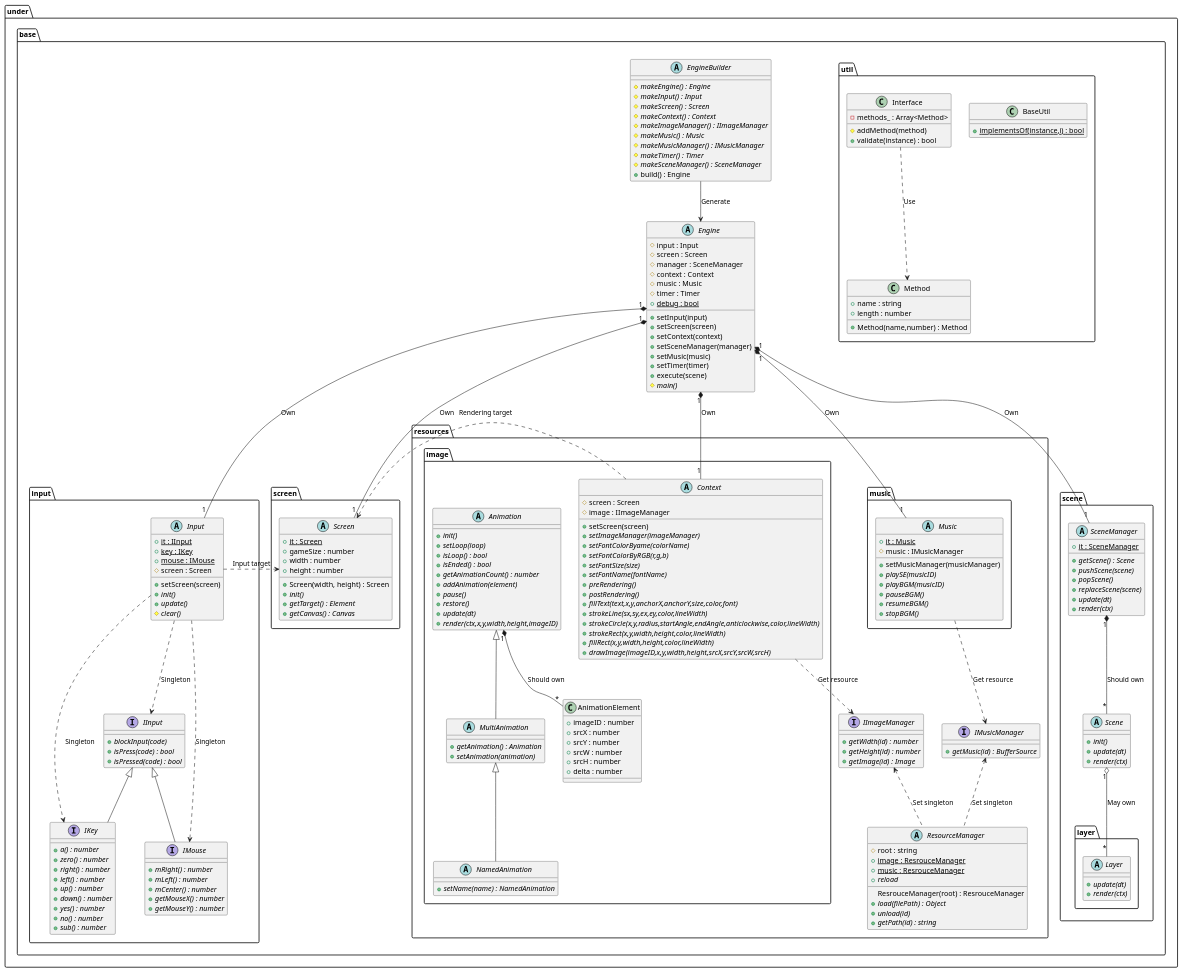
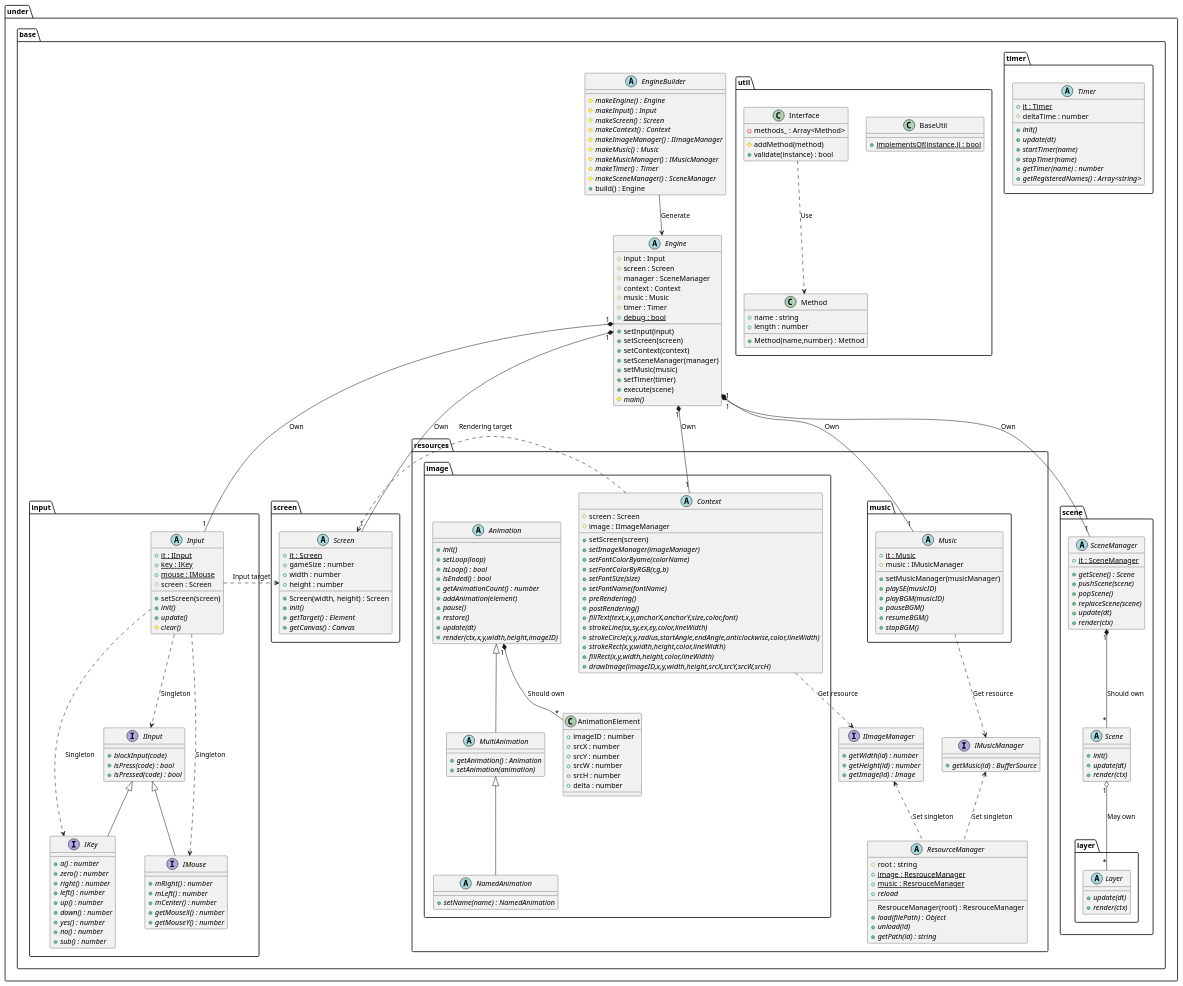
One commit to Expine/Under changed the diagram in uml/gamebase/Base.wsd. Above: the diagram before and after it, drawn with PlantUML. The commit also changed 16 other files, not shown here.

Commit message:
Add comment to timer and fix UML

```diff
--- a/uml/gamebase/Base.wsd
+++ b/uml/gamebase/Base.wsd
@@ -191,6 +191,19 @@
             }
         }
 
+        package timer {
+            abstract Timer {
+                {static} +it : Timer /' Singleton '/
+                #deltaTime : number
+                {abstract} +init()
+                {abstract} +update(dt)
+                {abstract} +startTimer(name)
+                {abstract} +stopTimer(name)
+                {abstract} +getTimer(name) : number
+                {abstract} +getRegisteredNames() : Array<string>
+            }
+        }
+
         package util {
             class BaseUtil {
                 {static} +implementsOf(instance,i) : bool
```
